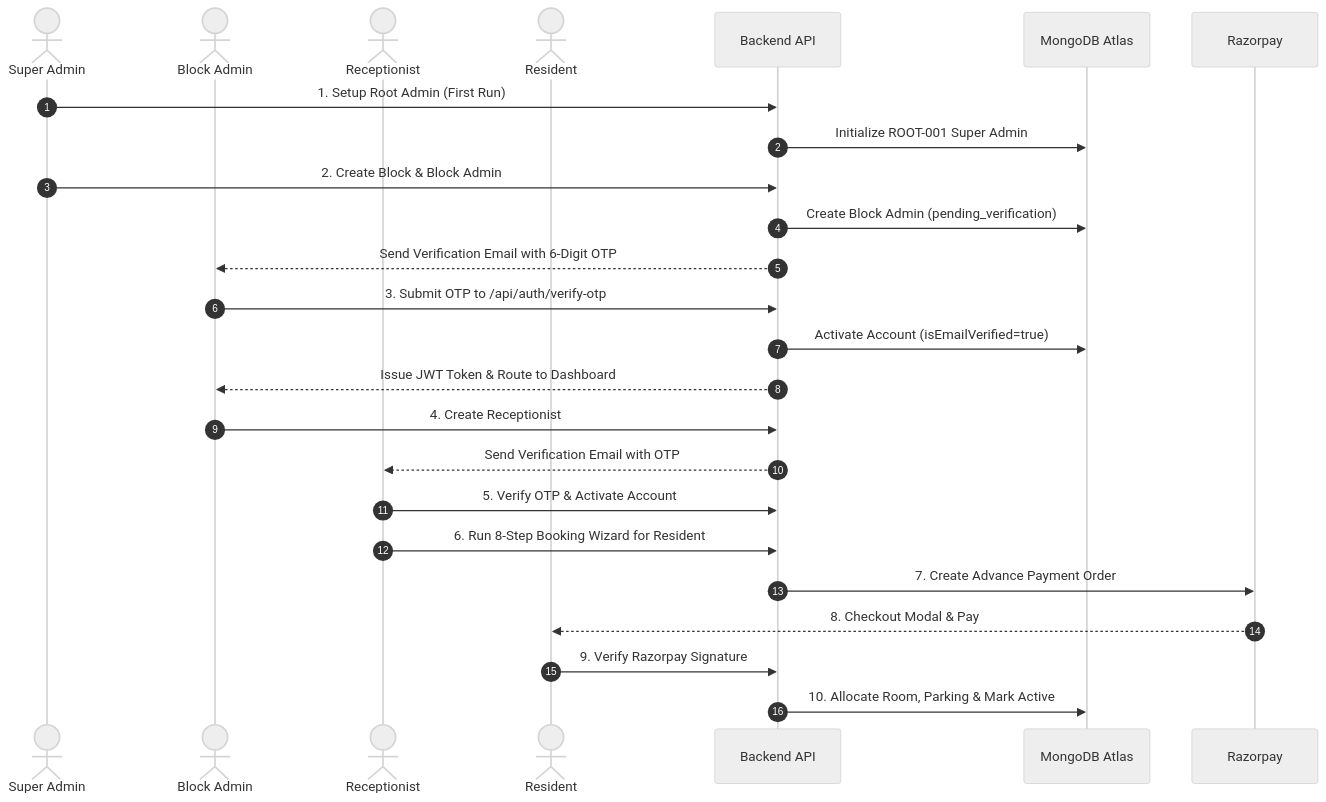
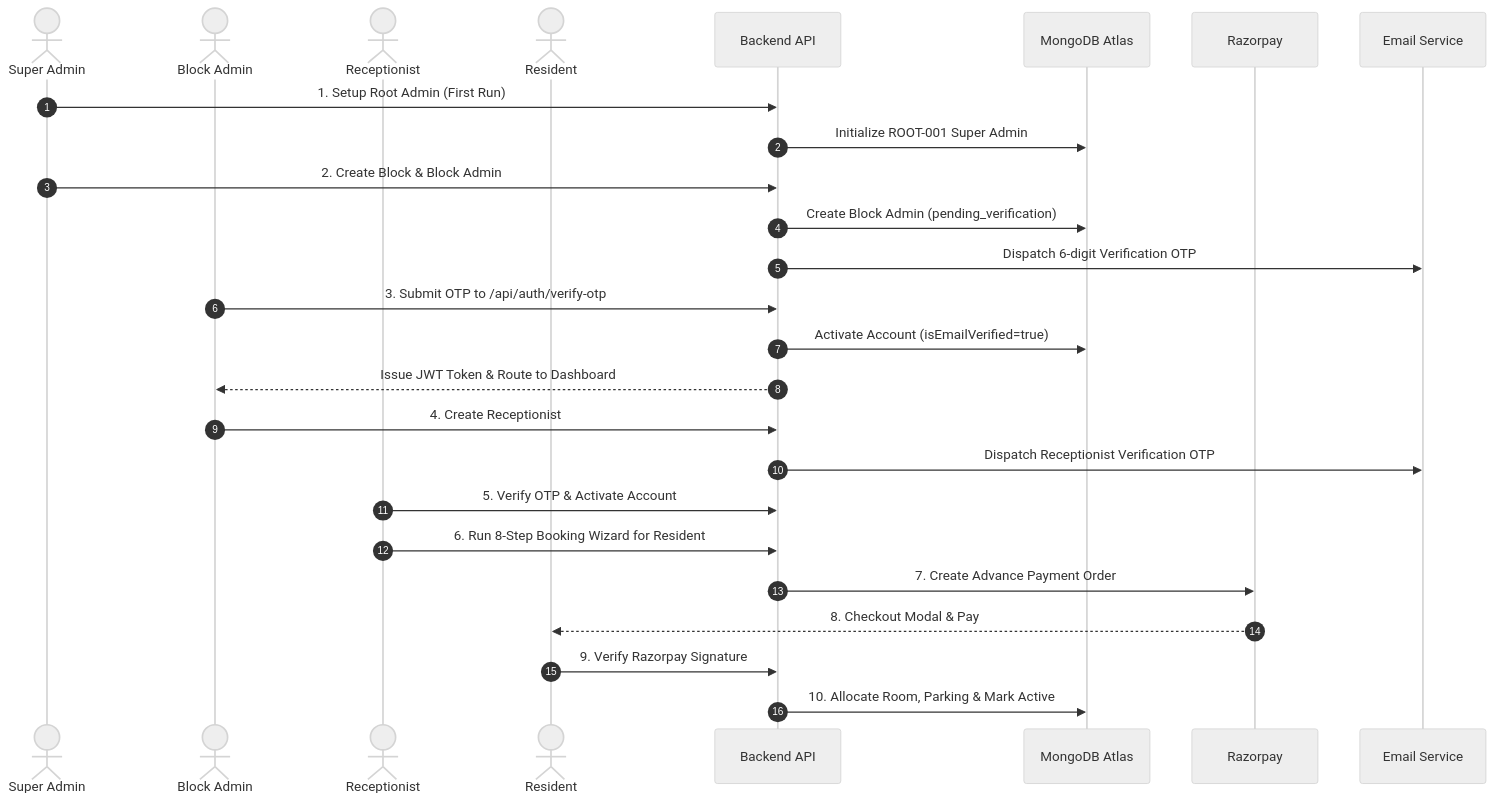
The fourth of 7 diagrams in README.md (Ramagirivardhan-2005/Apartment-Management), drawn with Mermaid (neutral theme) before and after one commit. The commit also changed other lines of this file, not shown here.

````diff
--- a/README.md
+++ b/README.md
@@ -124,28 +305,29 @@
 ```mermaid
 sequenceDiagram
     autonumber
     actor SA as Super Admin
     actor BA as Block Admin
     actor REC as Receptionist
     actor RES as Resident
     participant API as Backend API
     participant DB as MongoDB Atlas
     participant RZP as Razorpay
+    participant MAIL as Email Service
 
     SA->>API: 1. Setup Root Admin (First Run)
     API->>DB: Initialize ROOT-001 Super Admin
     SA->>API: 2. Create Block & Block Admin
     API->>DB: Create Block Admin (pending_verification)
-    API-->>BA: Send Verification Email with 6-Digit OTP
+    API->>MAIL: Dispatch 6-digit Verification OTP
     BA->>API: 3. Submit OTP to /api/auth/verify-otp
     API->>DB: Activate Account (isEmailVerified=true)
     API-->>BA: Issue JWT Token & Route to Dashboard
     BA->>API: 4. Create Receptionist
-    API-->>REC: Send Verification Email with OTP
+    API->>MAIL: Dispatch Receptionist Verification OTP
     REC->>API: 5. Verify OTP & Activate Account
     REC->>API: 6. Run 8-Step Booking Wizard for Resident
     API->>RZP: 7. Create Advance Payment Order
     RZP-->>RES: 8. Checkout Modal & Pay
     RES->>API: 9. Verify Razorpay Signature
     API->>DB: 10. Allocate Room, Parking & Mark Active
 ```
````
